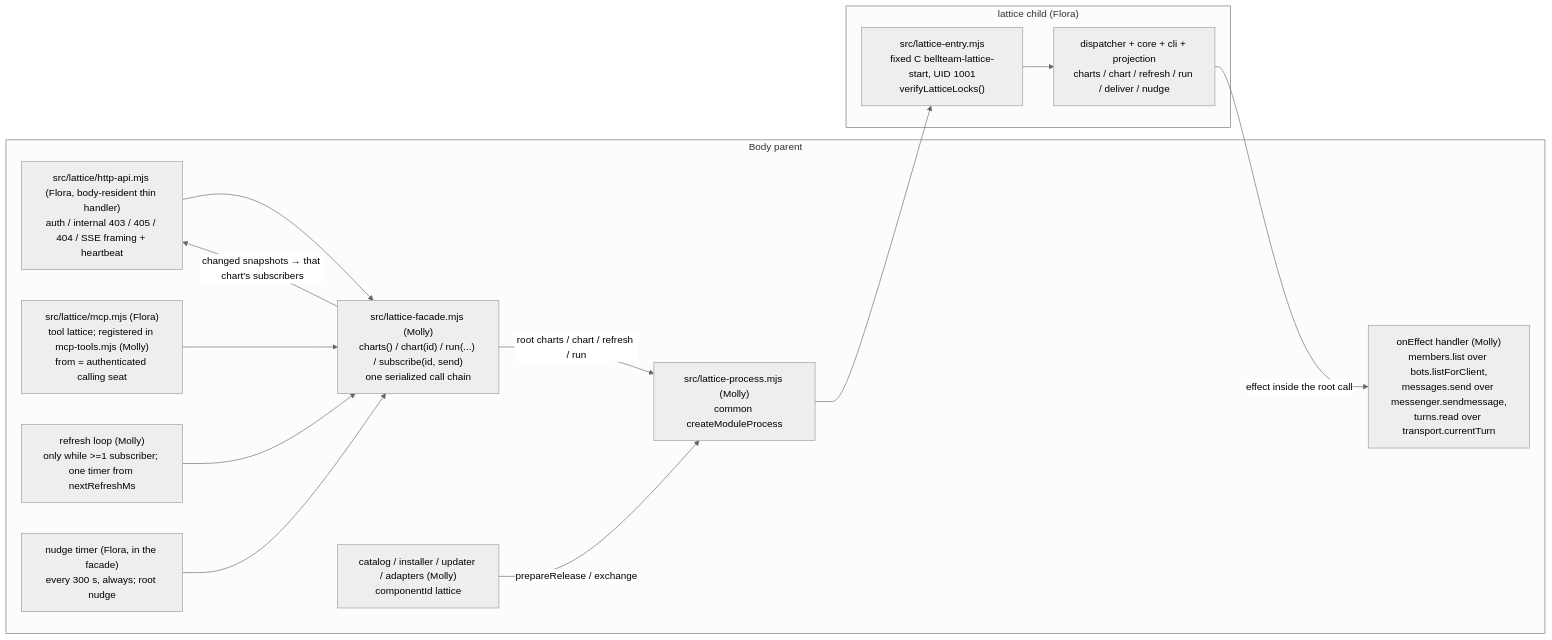
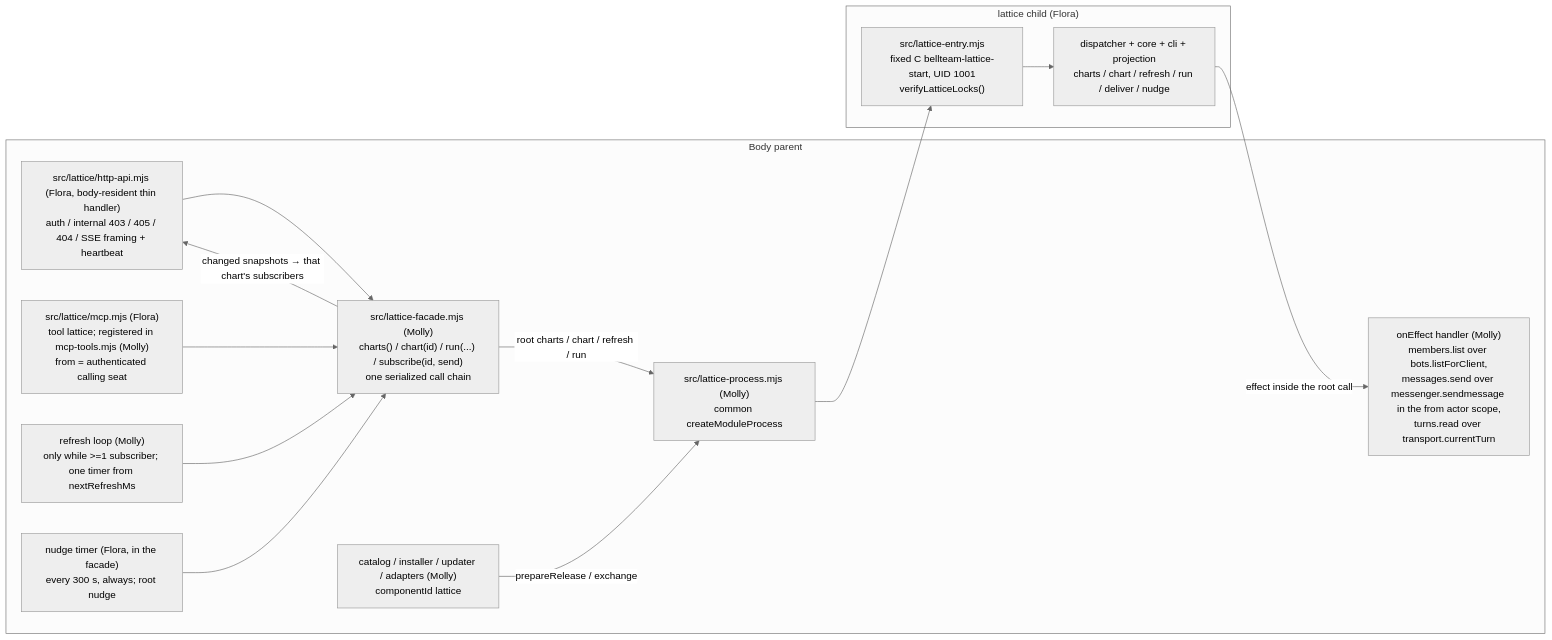
Before and after one commit to kitepon/BellTeam: the diagram in docs/architecture/modules/runtime/lattice-child.md, drawn with Mermaid (neutral theme). The commit also changed other lines of this file and 3 other files, not shown here.

First line of the commit message:
lattice: run messages.send in the conversation actor scope named by from

````diff
--- a/docs/architecture/modules/runtime/lattice-child.md
+++ b/docs/architecture/modules/runtime/lattice-child.md
@@ -7,26 +7,26 @@
 ```mermaid
 flowchart LR
   subgraph Parent["Body parent"]
     Route["src/lattice/http-api.mjs (Flora, body-resident thin handler)<br/>auth / internal 403 / 405 / 404 / SSE framing + heartbeat"]
     Tool["src/lattice/mcp.mjs (Flora)<br/>tool lattice; registered in mcp-tools.mjs (Molly)<br/>from = authenticated calling seat"]
     Facade["src/lattice-facade.mjs (Molly)<br/>charts() / chart(id) / run(...) / subscribe(id, send)<br/>one serialized call chain"]
     Loop["refresh loop (Molly)<br/>only while >=1 subscriber; one timer from nextRefreshMs"]
     Nudge["nudge timer (Flora, in the facade)<br/>every 300 s, always; root nudge"]
     Proc["src/lattice-process.mjs (Molly)<br/>common createModuleProcess"]
-    Ports["onEffect handler (Molly)<br/>members.list over bots.listForClient,<br/>messages.send over messenger.sendmessage,<br/>turns.read over transport.currentTurn"]
+    Ports["onEffect handler (Molly)<br/>members.list over bots.listForClient,<br/>messages.send over messenger.sendmessage in the from actor scope,<br/>turns.read over transport.currentTurn"]
     Update["catalog / installer / updater / adapters (Molly)<br/>componentId lattice"]
   end
   subgraph Child["lattice child (Flora)"]
     Entry["src/lattice-entry.mjs<br/>fixed C bellteam-lattice-start, UID 1001<br/>verifyLatticeLocks()"]
     Disp["dispatcher + core + cli + projection<br/>charts / chart / refresh / run / deliver / nudge"]
   end
   Route --> Facade
   Tool --> Facade
   Loop --> Facade
   Nudge --> Facade
   Facade -->|"root charts / chart / refresh / run"| Proc
   Proc --> Entry --> Disp
   Disp -->|"effect inside the root call"| Ports
   Facade -->|"changed snapshots → that chart's subscribers"| Route
   Update -->|"prepareRelease / exchange"| Proc
 ```
````
